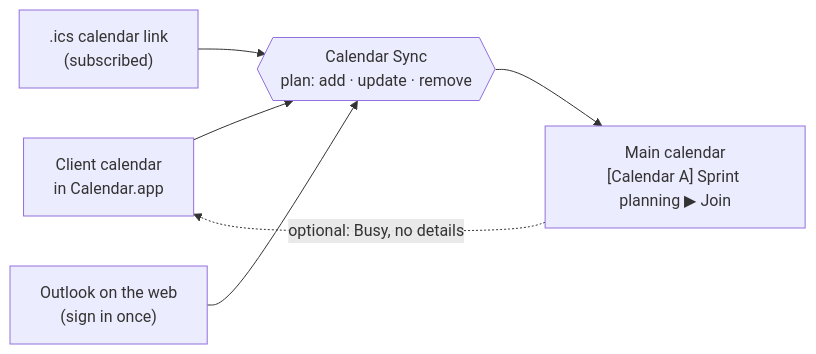
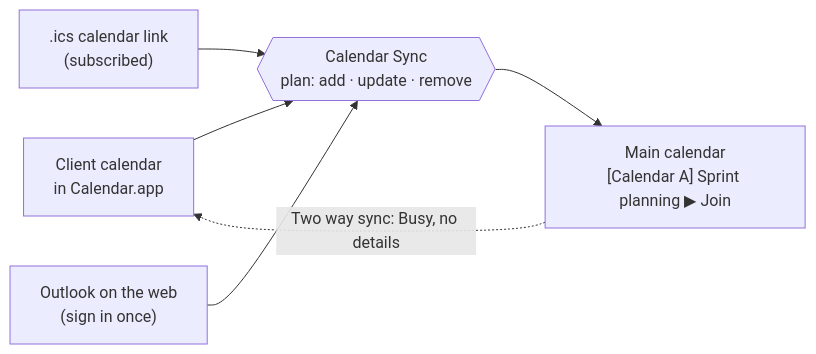
One commit to fernandojbf/Calendar-Sync changed the diagram in README.md. Above: the diagram before and after it, drawn with Mermaid. The commit also changed other lines of this file and 9 other files, not shown here.

First line of the commit message:
Add a Two way sync tab that shows the main calendar as Busy in client calendars

````diff
--- a/README.md
+++ b/README.md
@@ -116,8 +116,8 @@
 ```mermaid
 flowchart LR
     A["Client calendar<br/>in Calendar.app"] --> S
     B[".ics calendar link<br/>(subscribed)"] --> S
     C["Outlook on the web<br/>(sign in once)"] --> S
     S{{"Calendar Sync<br/>plan: add · update · remove"}} --> M["Main calendar<br/>[Calendar A] Sprint planning ▶ Join"]
-    M -. "optional: Busy, no details" .-> A
+    M -. "Two way sync: Busy, no details" .-> A
 ```
````
